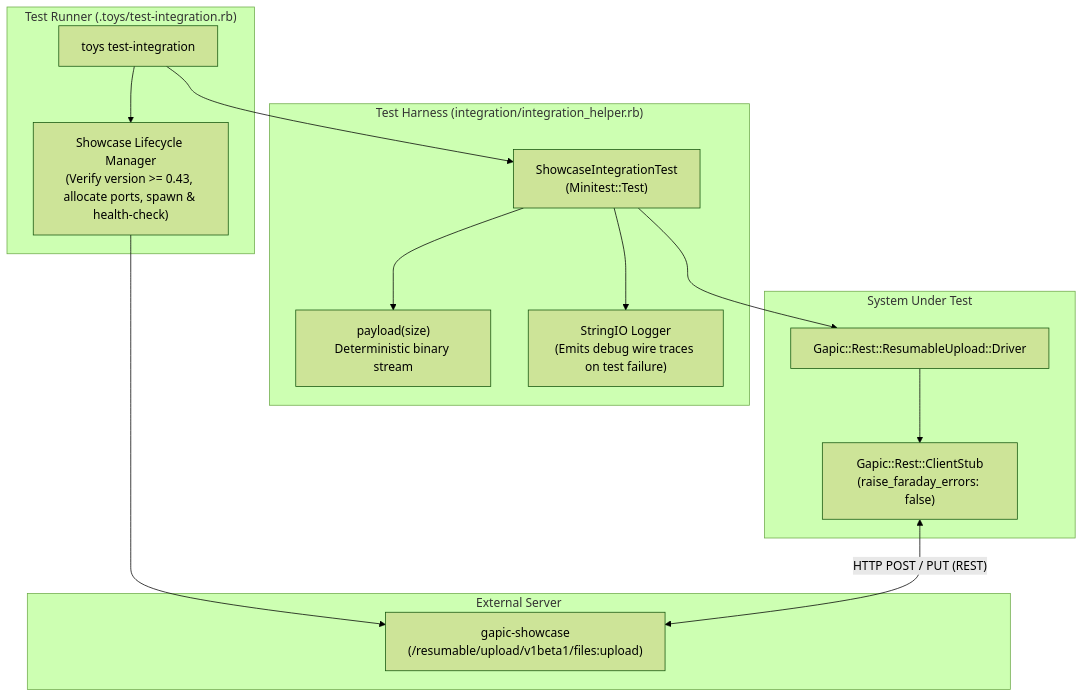
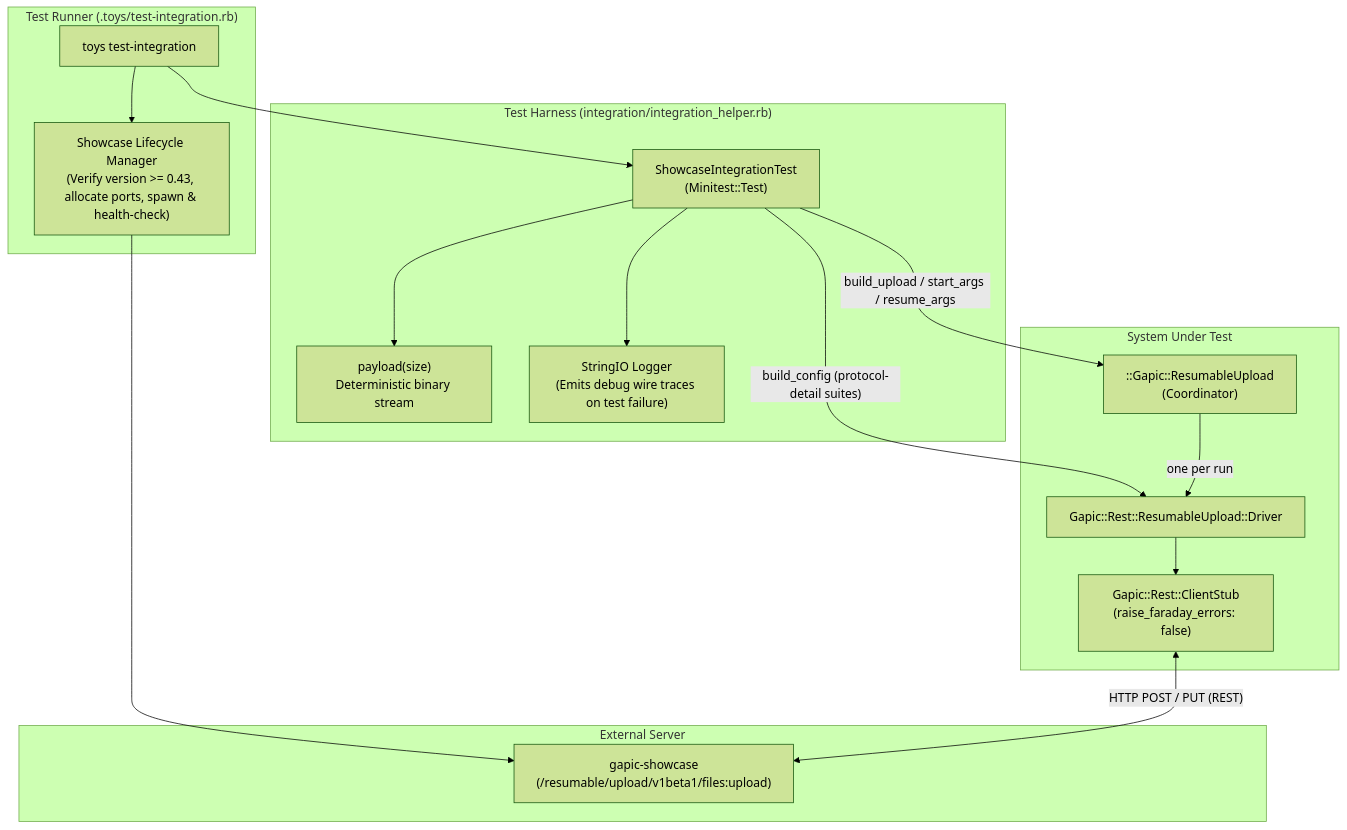
One commit to googleapis/ruby-core-libraries changed the diagram in gapic-common/design/resumable_upload/integration-test-plan.md. Above: the diagram before and after it, drawn with Mermaid (forest theme). The commit also changed 3 other files, not shown here.

First line of the commit message:
docs(resumable-upload): fix stale resume example and document handle replacement

````diff
--- a/gapic-common/design/resumable_upload/integration-test-plan.md
+++ b/gapic-common/design/resumable_upload/integration-test-plan.md
@@ -9,31 +9,34 @@
 ```mermaid
 flowchart TD
     subgraph Runner["Test Runner (.toys/test-integration.rb)"]
         Toys["toys test-integration"]
         Lifecycle["Showcase Lifecycle Manager<br/>(Verify version >= 0.43, allocate ports, spawn & health-check)"]
     end
 
     subgraph Harness["Test Harness (integration/integration_helper.rb)"]
         BaseClass["ShowcaseIntegrationTest<br/>(Minitest::Test)"]
         PayloadGen["payload(size)<br/>Deterministic binary stream"]
         TraceLog["StringIO Logger<br/>(Emits debug wire traces on test failure)"]
     end
 
     subgraph SUT["System Under Test"]
+        Upload["::Gapic::ResumableUpload<br/>(Coordinator)"]
         Driver["Gapic::Rest::ResumableUpload::Driver"]
         Stub["Gapic::Rest::ClientStub<br/>(raise_faraday_errors: false)"]
     end
 
     subgraph Server["External Server"]
         Showcase["gapic-showcase<br/>(/resumable/upload/v1beta1/files:upload)"]
     end
 
     Toys --> Lifecycle
     Lifecycle --> Showcase
     Toys --> BaseClass
     BaseClass --> PayloadGen
     BaseClass --> TraceLog
-    BaseClass --> Driver
+    BaseClass -->|"build_upload / start_args / resume_args"| Upload
+    BaseClass -->|"build_config (protocol-detail suites)"| Driver
+    Upload -->|"one per run"| Driver
     Driver --> Stub
     Stub <-->|"HTTP POST / PUT (REST)"| Showcase
 ```
````
